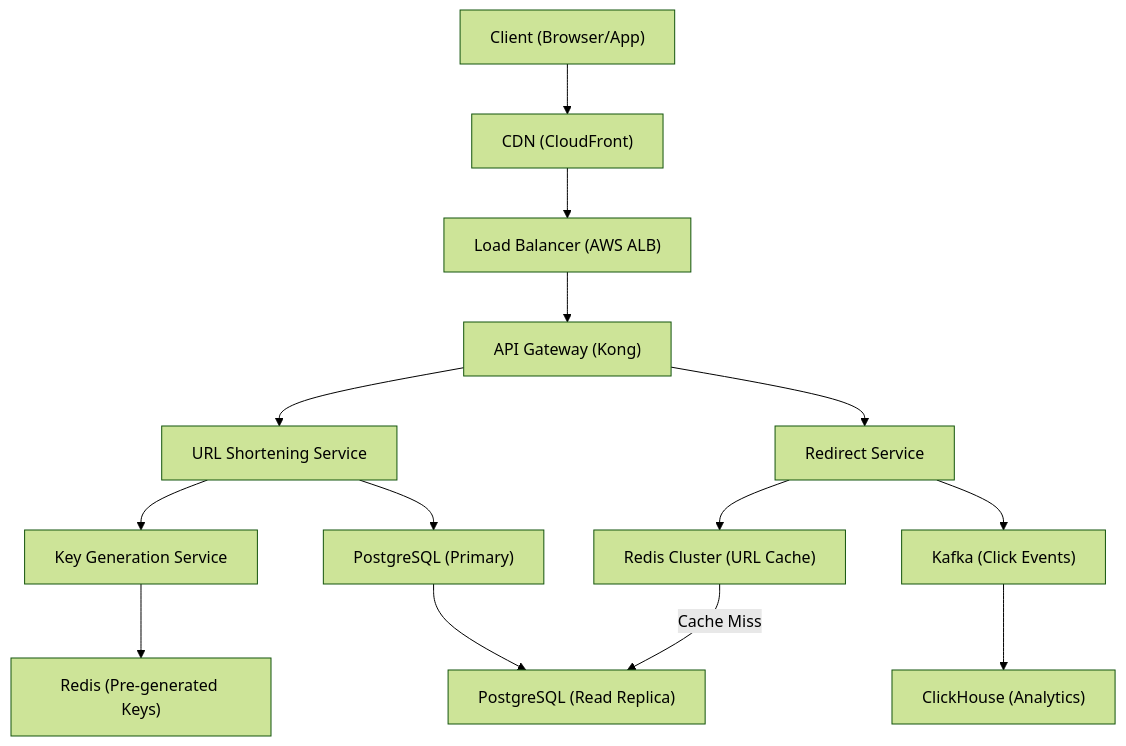
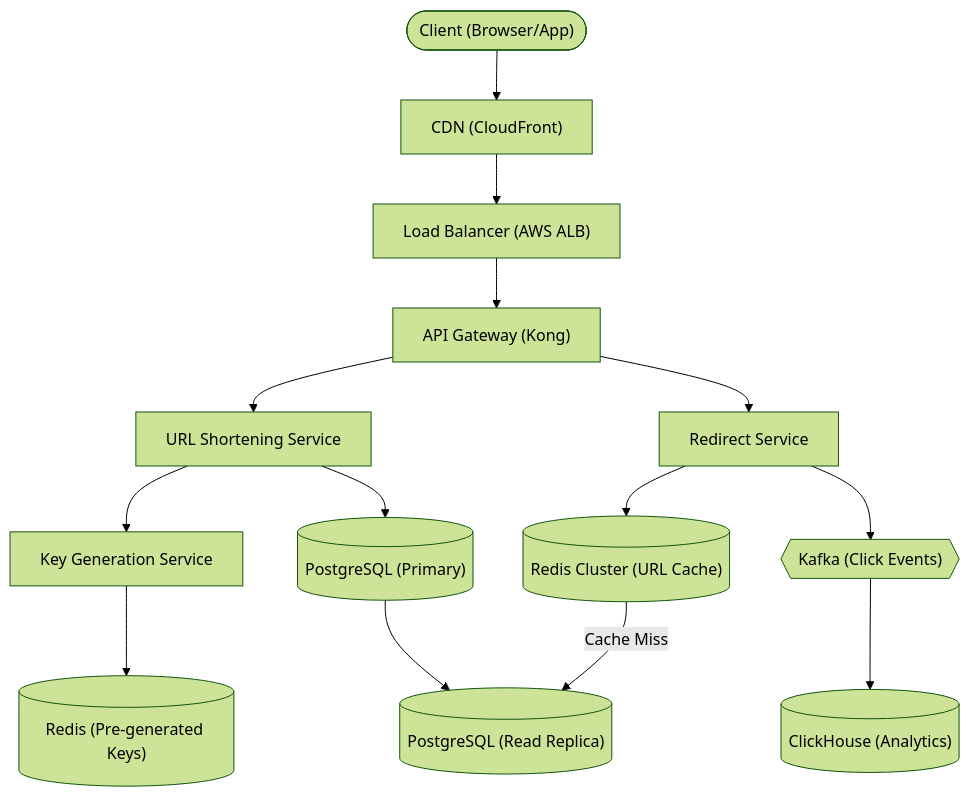
Before and after one commit to ShanmugaGanesh1999/Portfolio: the first of 3 diagrams in docs/prep/System Design/03-Estimation/03-interview-examples.md, drawn with Mermaid (forest theme). The commit also changed other lines of this file and 40 other files, not shown here.

First line of the commit message:
Refactor diagram node rendering to use reusable shape components

````diff
--- a/docs/prep/System Design/03-Estimation/03-interview-examples.md
+++ b/docs/prep/System Design/03-Estimation/03-interview-examples.md
@@ -61,23 +61,23 @@
 ```mermaid
 graph TD
-    Client["Client (Browser/App)"] --> CDN["CDN (CloudFront)"]
+    Client(["Client (Browser/App)"]) --> CDN["CDN (CloudFront)"]
     CDN --> LB["Load Balancer (AWS ALB)"]
     
     LB --> API["API Gateway (Kong)"]
     
     API --> WriteService["URL Shortening Service"]
     API --> ReadService["Redirect Service"]
     
     WriteService --> KeyGen["Key Generation Service"]
-    WriteService --> DB["PostgreSQL (Primary)"]
+    WriteService --> DB[("PostgreSQL (Primary)")]
     
-    KeyGen --> KeyDB["Redis (Pre-generated Keys)"]
+    KeyGen --> KeyDB[("Redis (Pre-generated Keys)")]
     
-    ReadService --> Cache["Redis Cluster (URL Cache)"]
-    Cache -->|Cache Miss| DBReplica["PostgreSQL (Read Replica)"]
+    ReadService --> Cache[("Redis Cluster (URL Cache)")]
+    Cache -->|Cache Miss| DBReplica[("PostgreSQL (Read Replica)")]
     
-    ReadService --> Analytics["Kafka (Click Events)"]
-    Analytics --> ClickHouse["ClickHouse (Analytics)"]
+    ReadService --> Analytics{{"Kafka (Click Events)"}}
+    Analytics --> ClickHouse[("ClickHouse (Analytics)")]
     
     DB --> DBReplica
 ```
````
